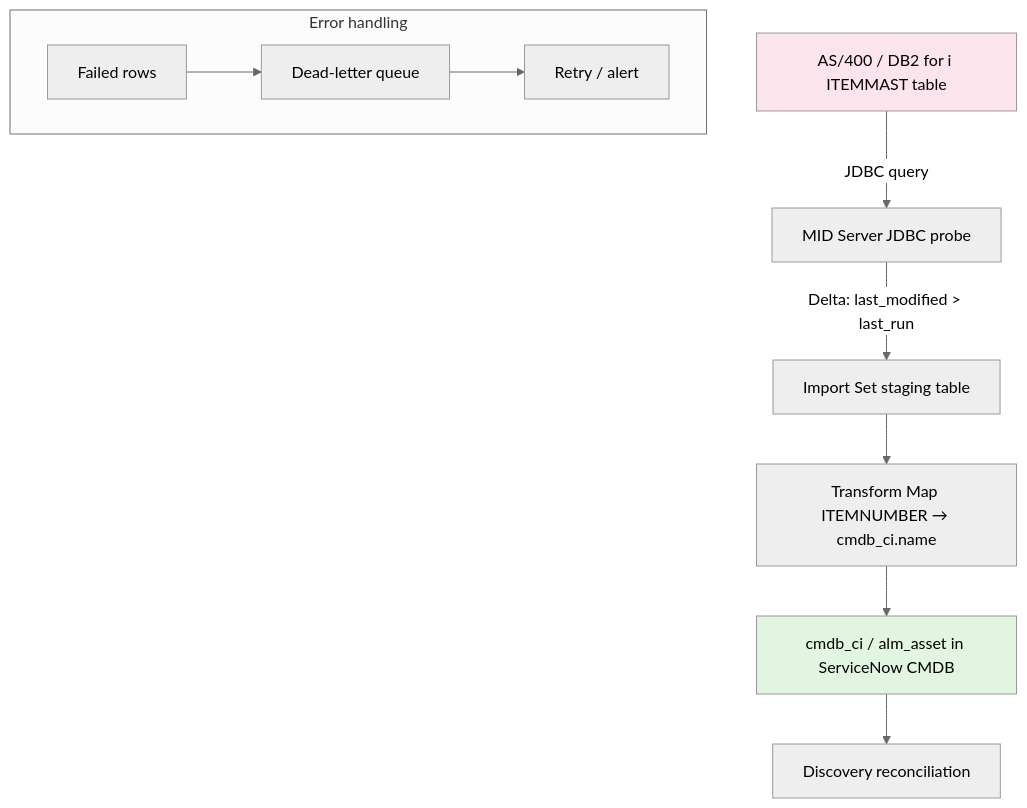
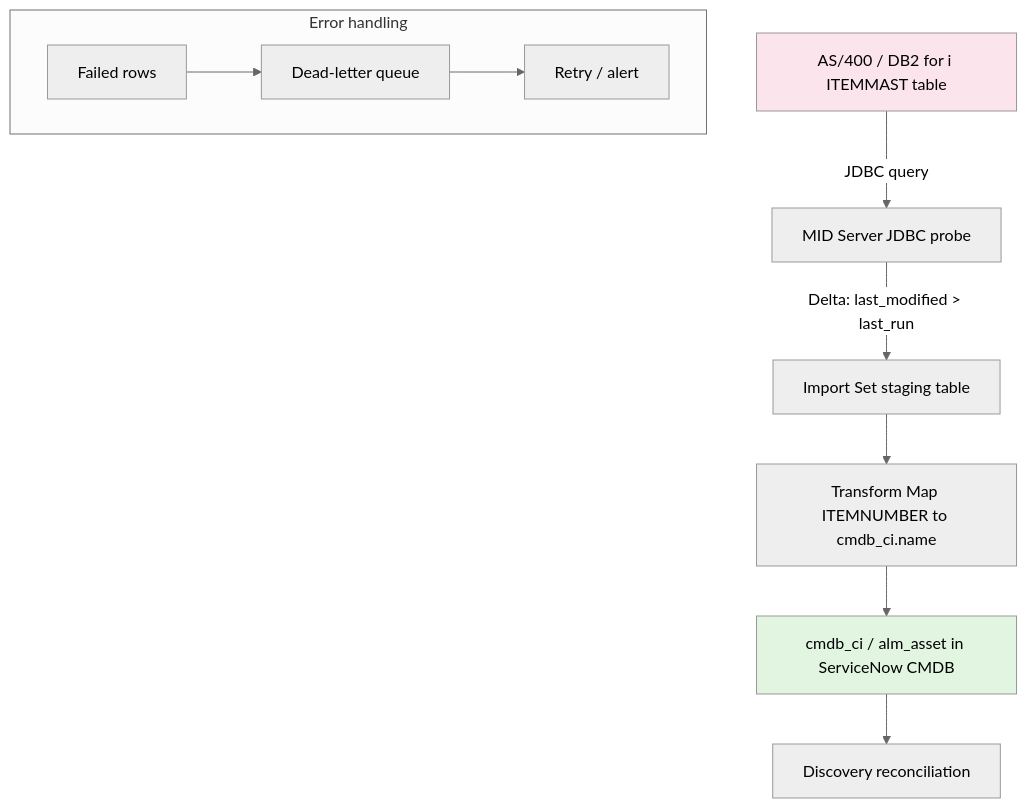
Before and after one commit to eltonaguiar/ServiceNow_Learning_TSOM-_CSM_FSM_SalesCRM_HAM_ITSM: the third of 6 diagrams in docs/modules/other/other-guide.md, drawn with Mermaid (neutral theme). The commit also changed other lines of this file and 18 other files, not shown here.

First line of the commit message:
Fix all Mermaid diagram syntax errors across the site

````diff
--- a/docs/modules/other/other-guide.md
+++ b/docs/modules/other/other-guide.md
@@ -1348,16 +1348,16 @@
 ```mermaid
 graph TD
     AS400[AS/400 / DB2 for i ITEMMAST table] -->|JDBC query| MID[MID Server JDBC probe]
     MID -->|Delta: last_modified > last_run| staging[Import Set staging table]
-    staging --> TM[Transform Map ITEMNUMBER → cmdb_ci.name]
+    staging --> TM[Transform Map ITEMNUMBER to cmdb_ci.name]
     TM --> CMDB[cmdb_ci / alm_asset in ServiceNow CMDB]
     CMDB --> Disc[Discovery reconciliation]
 
     subgraph Error handling
         Fail[Failed rows] --> DL[Dead-letter queue]
         DL --> Retry[Retry / alert]
     end
 
     style AS400 fill:#fce4ec,color:#000
     style CMDB fill:#e1f5e1,color:#000
 ```
````
